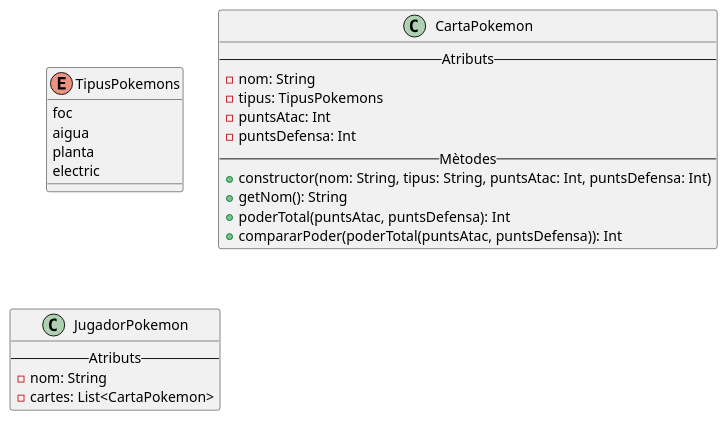
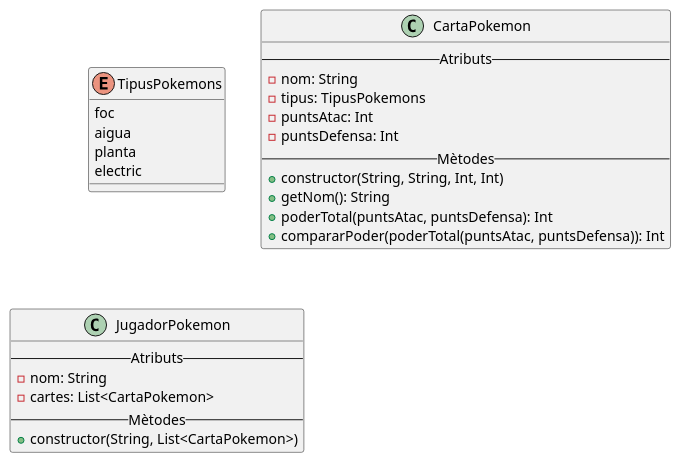
One commit to Dani-Alarcon/M5-A08-Disseny-de-diagrames-Classes-Dani-Alarcon changed the diagram in src/main/kotlin/uml/Exercici1-Pokemon.puml. Above: the diagram before and after it, drawn with PlantUML. The commit also changed 4 other files, not shown here.

```diff
--- a/src/main/kotlin/uml/Exercici1-Pokemon.puml
+++ b/src/main/kotlin/uml/Exercici1-Pokemon.puml
@@ -1,30 +1,32 @@
 @startuml
 'https://plantuml.com/class-diagram
 
 enum TipusPokemons {
     foc
     aigua
     planta
     electric
 }
 
 class CartaPokemon {
     -- Atributs --
     - nom: String
     - tipus: TipusPokemons
     - puntsAtac: Int
     - puntsDefensa: Int
     -- Mètodes --
-    + constructor(nom: String, tipus: String, puntsAtac: Int, puntsDefensa: Int)
+    + constructor(String, String, Int, Int)
     + getNom(): String
     + poderTotal(puntsAtac, puntsDefensa): Int
     + compararPoder(poderTotal(puntsAtac, puntsDefensa)): Int
 }
 
 class JugadorPokemon {
     -- Atributs --
     - nom: String
     - cartes: List<CartaPokemon>
+    -- Mètodes --
+    + constructor(String, List<CartaPokemon>)
 }
 
 @enduml
```
